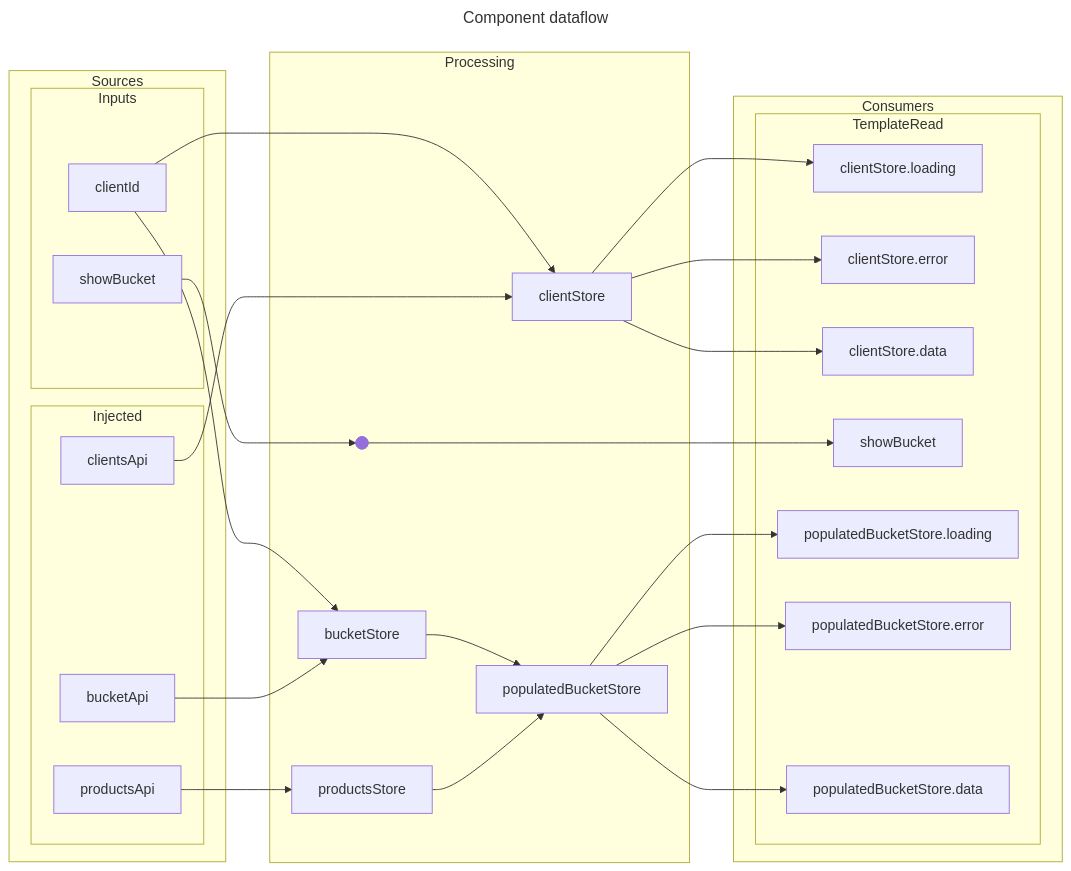
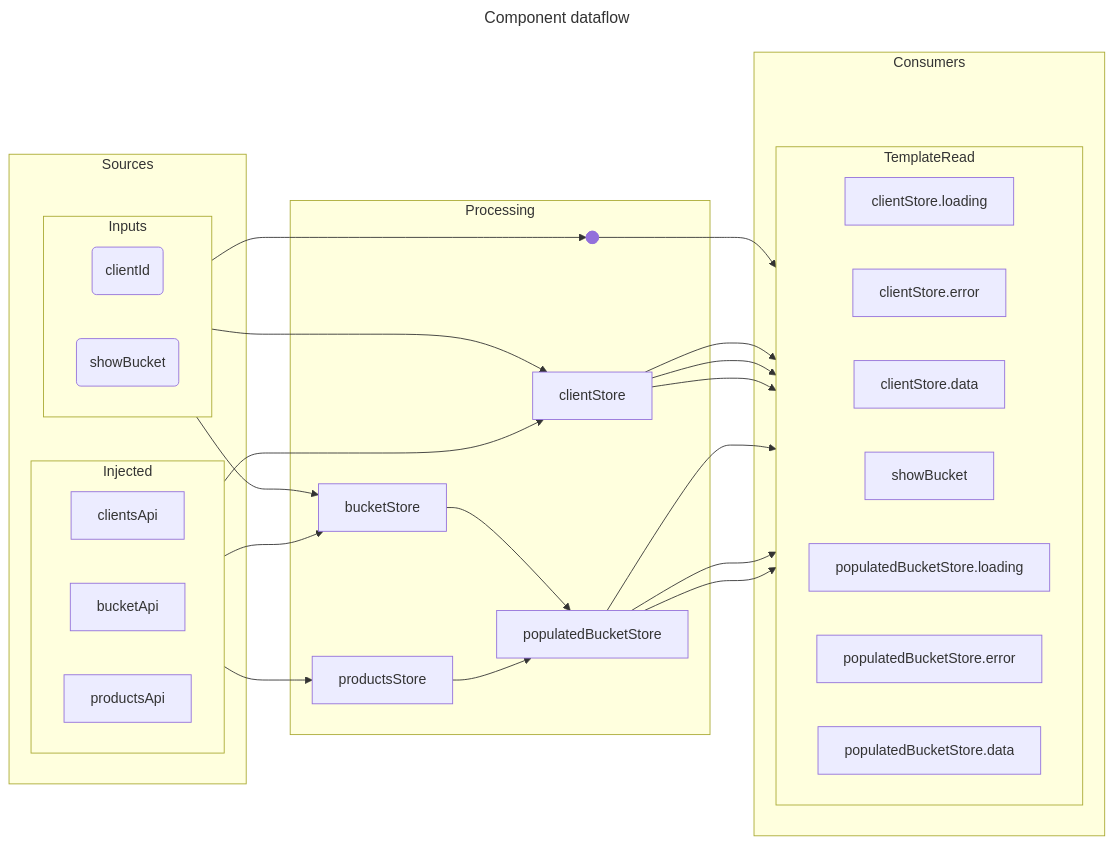
The first of 2 diagrams in src/app/components/wip/tiny-store/tiny-store.component.dataflow.md (earthdmitriy/rx-evo), drawn with Mermaid before and after one commit. The commit also changed other lines of this file and 39 other files, not shown here.

Commit message:
updated dataflow diagrams

```diff
--- a/src/app/components/wip/tiny-store/tiny-store.component.dataflow.md
+++ b/src/app/components/wip/tiny-store/tiny-store.component.dataflow.md
@@ -7,6 +7,7 @@
 graph LR
     subgraph Sources
         subgraph Injected
+            direction LR
             Source_clientsApi["
                 clientsApi
             "]
@@ -18,12 +19,13 @@
             "]
         end
         subgraph Inputs
-            Source_clientId["
+            direction LR
+            Source_clientId("
                 clientId
-            "]
-            Source_showBucket["
+            ")
+            Source_showBucket("
                 showBucket
-            "]
+            ")
         end
     end
     subgraph Processing
@@ -43,6 +45,7 @@
     end
     subgraph Consumers
         subgraph TemplateRead
+            direction LR
             Consumer_clientStore.loading["
                 clientStore.loading
             "]
```
